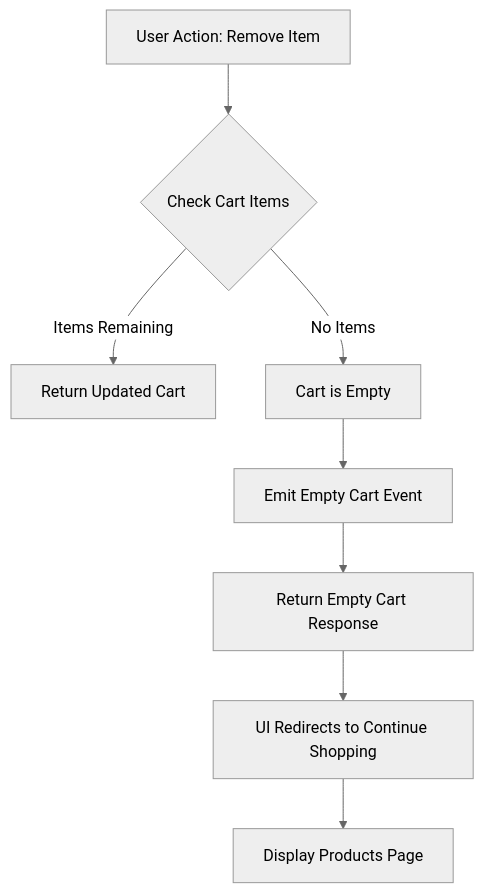
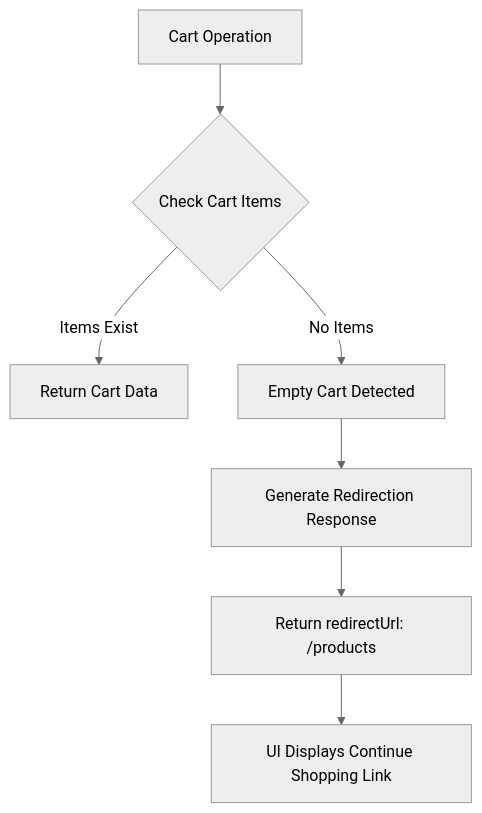
One commit to NavneetBN47/aava-ecom-demo changed the first of 2 diagrams in docs/LLD/lld.md. Above: the diagram before and after it, drawn with Mermaid (neutral theme). The commit also changed other lines of this file, not shown here.

````diff
--- a/docs/LLD/lld.md
+++ b/docs/LLD/lld.md
@@ -263,10 +249,9 @@
 ```mermaid
 flowchart TD
-    A[User Action: Remove Item] --> B{Check Cart Items}
-    B -->|Items Remaining| C[Return Updated Cart]
-    B -->|No Items| D[Cart is Empty]
-    D --> E[Emit Empty Cart Event]
-    E --> F[Return Empty Cart Response]
-    F --> G[UI Redirects to Continue Shopping]
-    G --> H[Display Products Page]
+    A[Cart Operation] --> B{Check Cart Items}
+    B -->|Items Exist| C[Return Cart Data]
+    B -->|No Items| D[Empty Cart Detected]
+    D --> E[Generate Redirection Response]
+    E --> F[Return redirectUrl: /products]
+    F --> G[UI Displays Continue Shopping Link]
 ```
````
